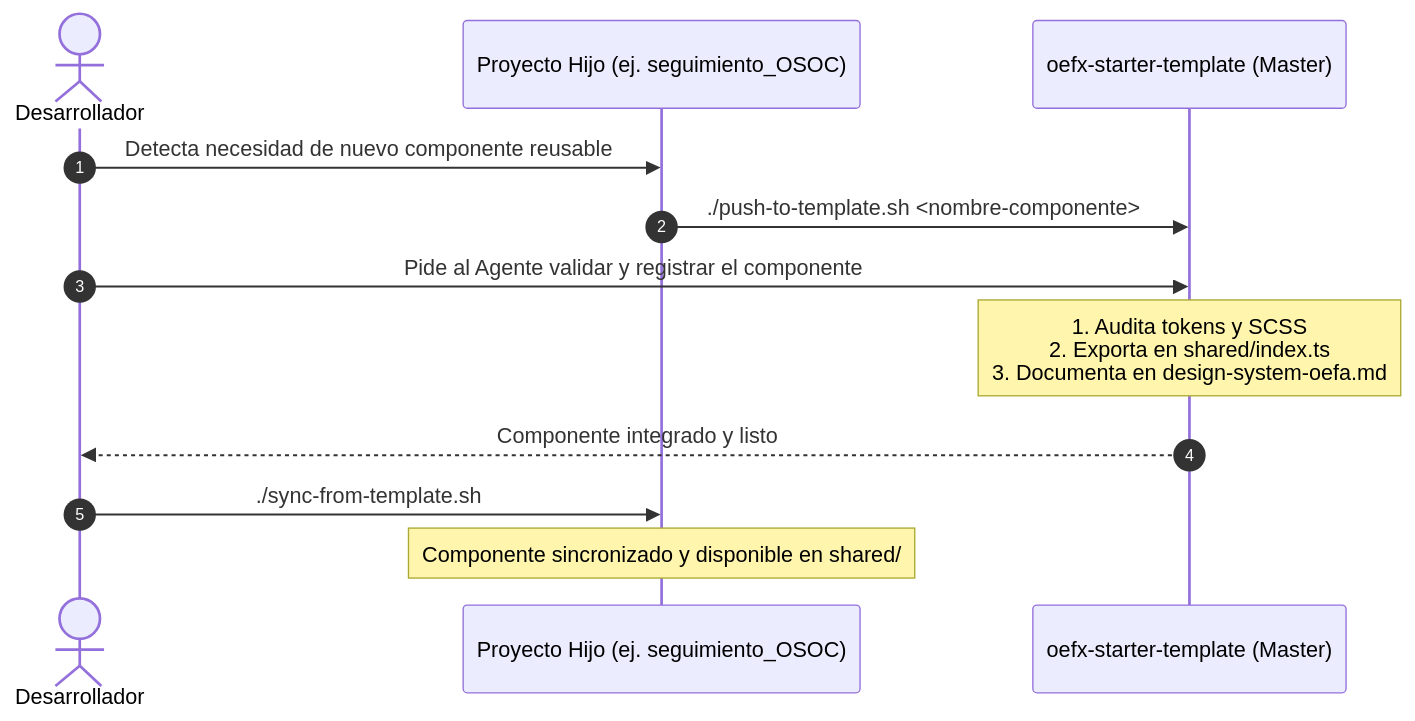
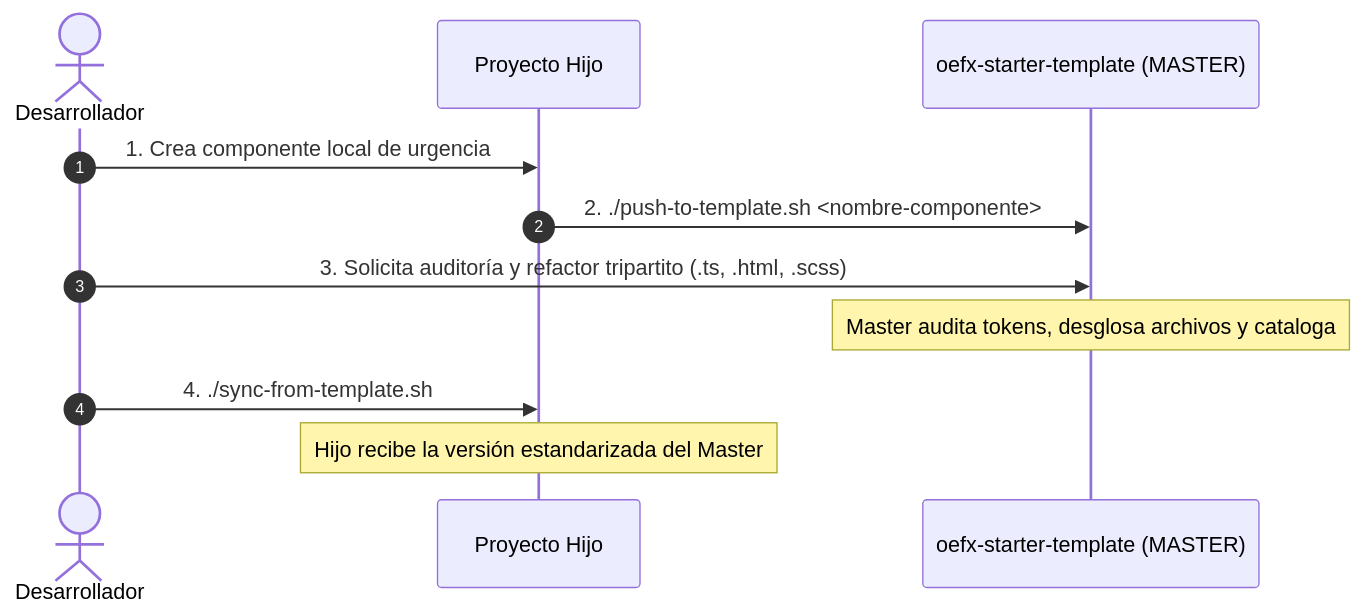
The second of 2 diagrams in GUIA_COORDINACION_COMPONENTES.md (iSoftkill/oefx-starter-template), drawn with Mermaid before and after one commit. The commit also changed other lines of this file and 105 other files, not shown here.

````diff
--- a/GUIA_COORDINACION_COMPONENTES.md
+++ b/GUIA_COORDINACION_COMPONENTES.md
@@ -19,15 +75,14 @@
 ```mermaid
 sequenceDiagram
     autonumber
     actor Dev as Desarrollador
-    participant Hijo as Proyecto Hijo (ej. seguimiento_OSOC)
-    participant Master as oefx-starter-template (Master)
+    participant Hijo as Proyecto Hijo
+    participant Master as oefx-starter-template (MASTER)
 
-    Dev->>Hijo: Detecta necesidad de nuevo componente reusable
-    Hijo->>Master: ./push-to-template.sh <nombre-componente>
-    Dev->>Master: Pide al Agente validar y registrar el componente
-    Note over Master: 1. Audita tokens y SCSS<br/>2. Exporta en shared/index.ts<br/>3. Documenta en design-system-oefa.md
-    Master-->>Dev: Componente integrado y listo
-    Dev->>Hijo: ./sync-from-template.sh
-    Note over Hijo: Componente sincronizado y disponible en shared/
+    Dev->>Hijo: 1. Crea componente local de urgencia
+    Hijo->>Master: 2. ./push-to-template.sh <nombre-componente>
+    Dev->>Master: 3. Solicita auditoría y refactor tripartito (.ts, .html, .scss)
+    Note over Master: Master audita tokens, desglosa archivos y cataloga
+    Dev->>Hijo: 4. ./sync-from-template.sh
+    Note over Hijo: Hijo recibe la versión estandarizada del Master
 ```
````
